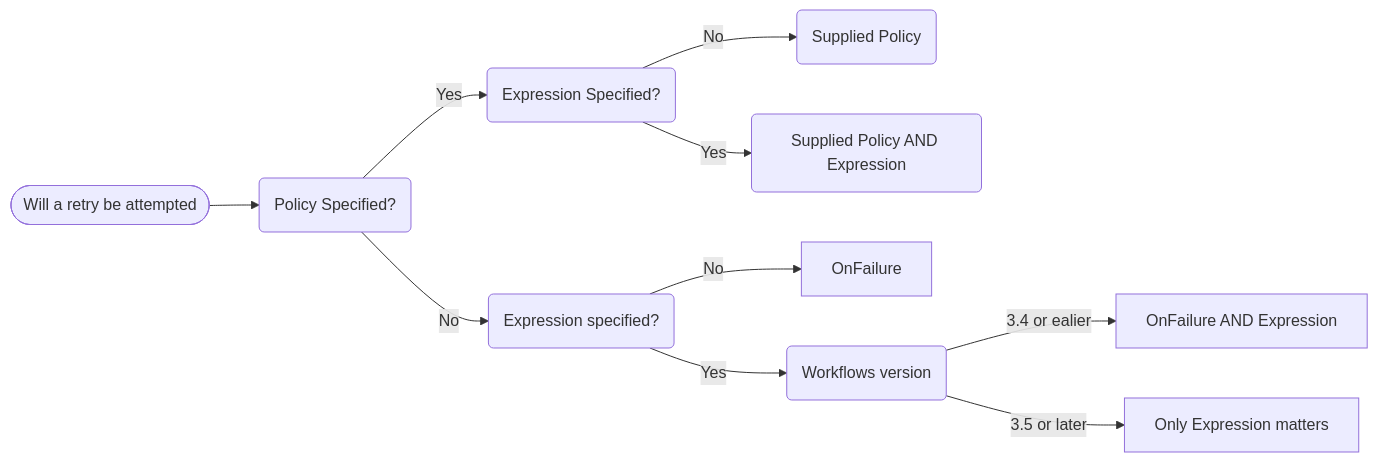
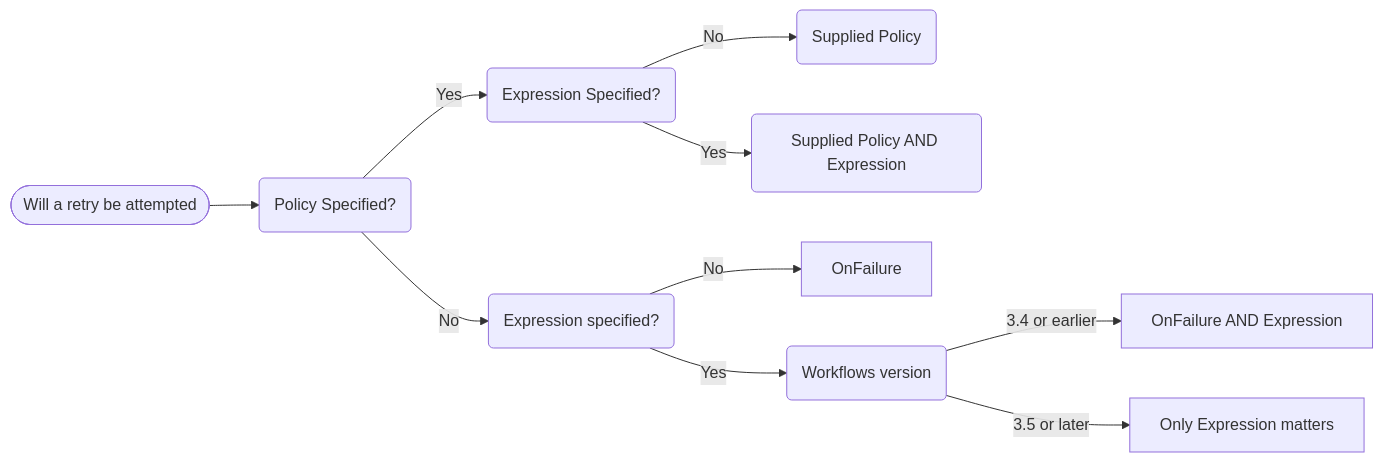
One commit to 365614269/CNCF-Graduated changed the diagram in modules/argo-workflows/docs/retries.md. Above: the diagram before and after it, drawn with Mermaid. The commit also changed 160 other files, not shown here.

````diff
--- a/modules/argo-workflows/docs/retries.md
+++ b/modules/argo-workflows/docs/retries.md
@@ -40,22 +40,22 @@
 ```mermaid
 flowchart LR
   start([Will a retry be attempted])
   start --> policy
   policy(Policy Specified?)
   policy-->|No|expressionNoPolicy
   policy-->|Yes|policyGiven
   policyGiven(Expression Specified?)
   policyGiven-->|No|policyGivenApplies
   policyGiven-->|Yes|policyAndExpression
   policyGivenApplies(Supplied Policy)
   policyAndExpression(Supplied Policy AND Expression)
   expressionNoPolicy(Expression specified?)
   expressionNoPolicy-->|No|onfailureNoExpr
   expressionNoPolicy-->|Yes|version
   onfailureNoExpr[OnFailure]
   onfailure[OnFailure AND Expression]
   version(Workflows version)
-  version-->|3.4 or ealier|onfailure
+  version-->|3.4 or earlier|onfailure
   always[Only Expression matters]
   version-->|3.5 or later|always
 ```
````
